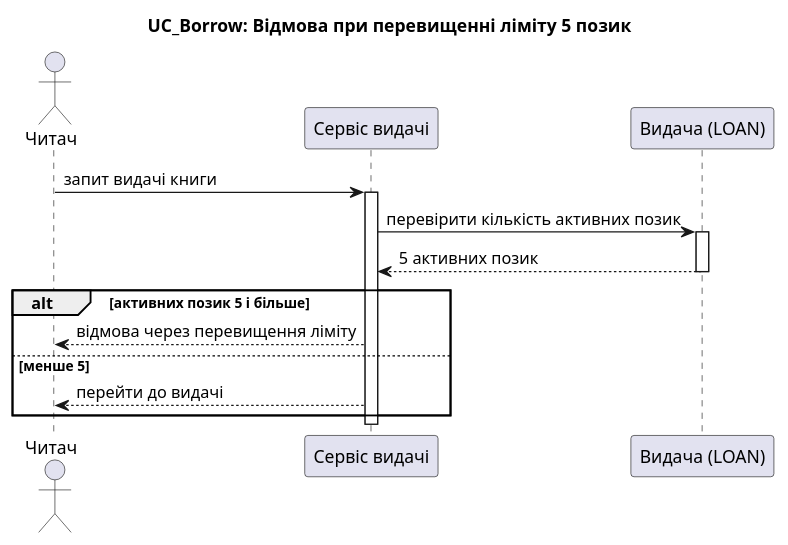
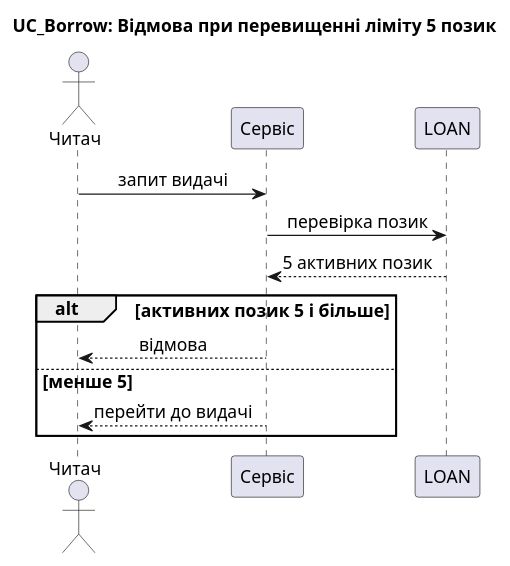
The fourth of 5 diagrams in task-3/sequence.puml (veronikapaschenkor29-png/Library-Modeling-and-Analysis-of-Software-Requirements), drawn with PlantUML before and after one commit. The commit also changed other lines of this file and 1 other file, not shown here.

First line of the commit message:
docs(task-3): remove activation bars from sequence diagrams

```diff
--- a/task-3/sequence.puml
+++ b/task-3/sequence.puml
@@ -75,18 +63,16 @@
 @startuml S4_Limit_Refused
+skinparam sequenceMessageAlign center
+skinparam defaultFontSize 14
 title UC_Borrow: Відмова при перевищенні ліміту 5 позик
 actor "Читач" as R
-participant "Сервіс видачі" as S
-participant "Видача (LOAN)" as N
-R -> S : запит видачі книги
-activate S
-S -> N : перевірити кількість активних позик
-activate N
+participant "Сервіс" as S
+participant "LOAN" as N
+R -> S : запит видачі
+S -> N : перевірка позик
 N --> S : 5 активних позик
-deactivate N
 alt активних позик 5 і більше
-  S --> R : відмова через перевищення ліміту
+  S --> R : відмова
 else менше 5
   S --> R : перейти до видачі
 end
-deactivate S
 @enduml
```
